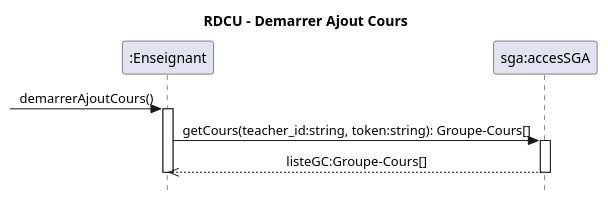
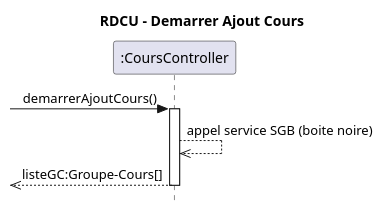
Before and after one commit to xMrYahya/moodle-clone: the diagram in docs/modeles/cu01/rdcu-demarrerAjoutCours.puml, drawn with PlantUML. The commit also changed 24 other files, not shown here.

```diff
--- a/docs/modeles/cu01/rdcu-demarrerAjoutCours.puml
+++ b/docs/modeles/cu01/rdcu-demarrerAjoutCours.puml
@@ -1,18 +1,13 @@
 @startuml
-title RDCU – Demarrer Ajout Cours
+title RDCU - Demarrer Ajout Cours
 skinparam Style strictuml
 skinparam sequenceMessageAlign center
 
-participant ":Enseignant"  as enseignant
-participant "sga:accesSGA" as sga
+participant ":CoursController" as coursController
 
- -> enseignant : demarrerAjoutCours()
-activate enseignant
-enseignant -> sga : getCours(teacher_id:string, token:string): Groupe-Cours[]
-activate sga
-sga -->> enseignant :  listeGC:Groupe-Cours[]
-
-deactivate sga
-
-deactivate enseignant
+-> coursController : demarrerAjoutCours()
+activate coursController
+coursController -->> coursController : appel service SGB (boite noire)
+<<-- coursController : listeGC:Groupe-Cours[]
+deactivate coursController
 @enduml
```
